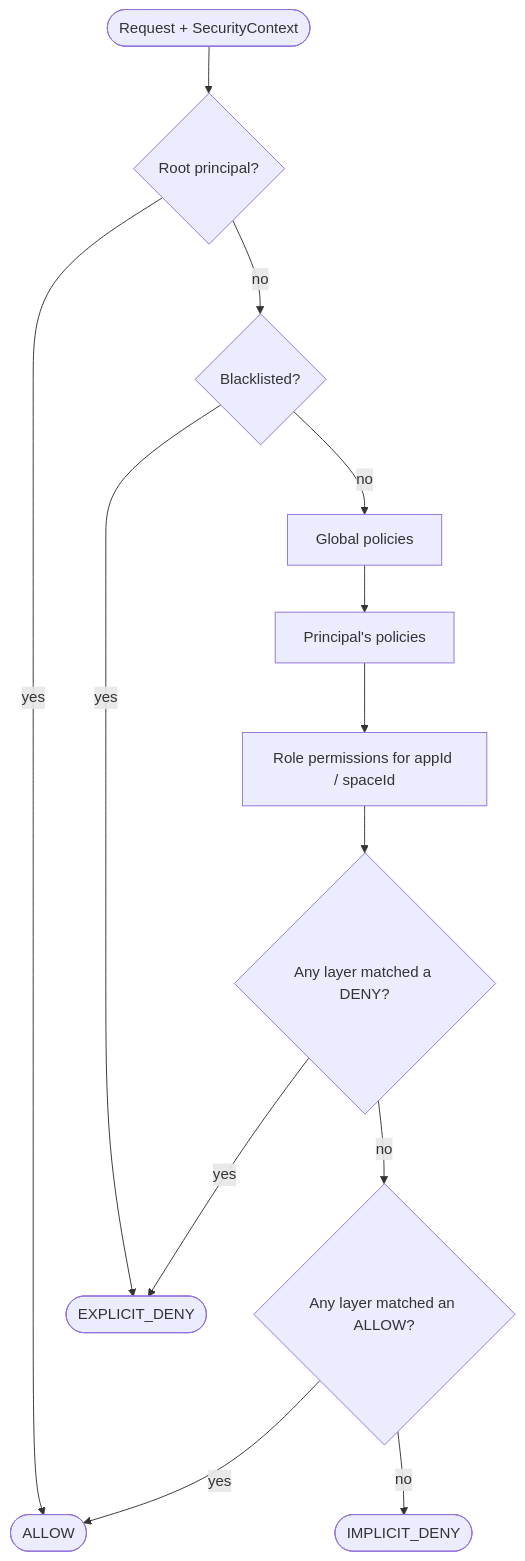
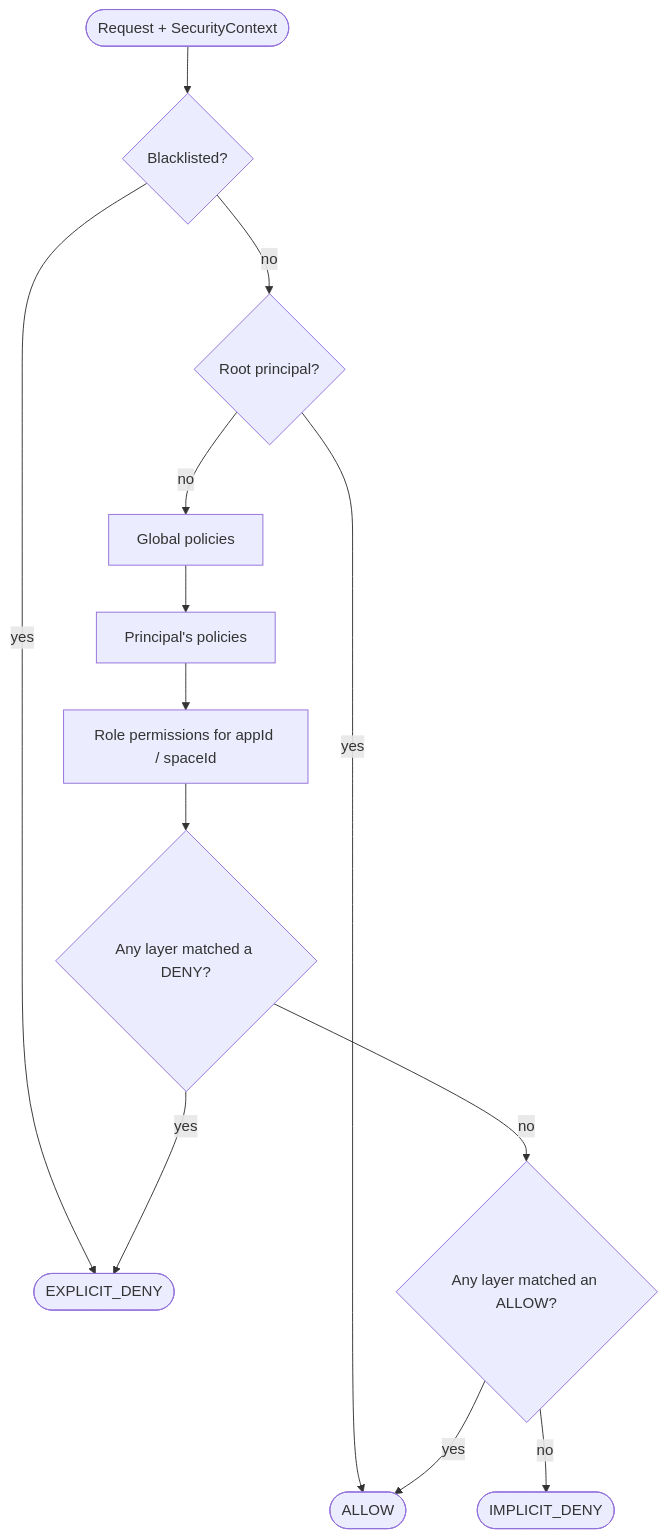
The diagram in wiki/guide/introduction.md (Ahoo-Wang/CoSec), drawn with Mermaid before and after one commit. The commit also changed 29 other files, not shown here.

````diff
--- a/wiki/guide/introduction.md
+++ b/wiki/guide/introduction.md
@@ -24,15 +24,15 @@
 ```mermaid
 flowchart TD
-    R([Request + SecurityContext]) --> ROOT{Root principal?}
+    R([Request + SecurityContext]) --> BL{Blacklisted?}
+    BL -->|yes| DENY([EXPLICIT_DENY])
+    BL -->|no| ROOT{Root principal?}
     ROOT -->|yes| ALLOW([ALLOW])
-    ROOT -->|no| BL{Blacklisted?}
-    BL -->|yes| DENY([EXPLICIT_DENY])
-    BL -->|no| G[Global policies]
+    ROOT -->|no| G[Global policies]
     G --> P[Principal's policies]
     P --> RP[Role permissions for appId / spaceId]
     RP --> D{Any layer matched a DENY?}
     D -->|yes| DENY
     D -->|no| A{Any layer matched an ALLOW?}
     A -->|yes| ALLOW
     A -->|no| IMPLICIT([IMPLICIT_DENY])
 ```
````
